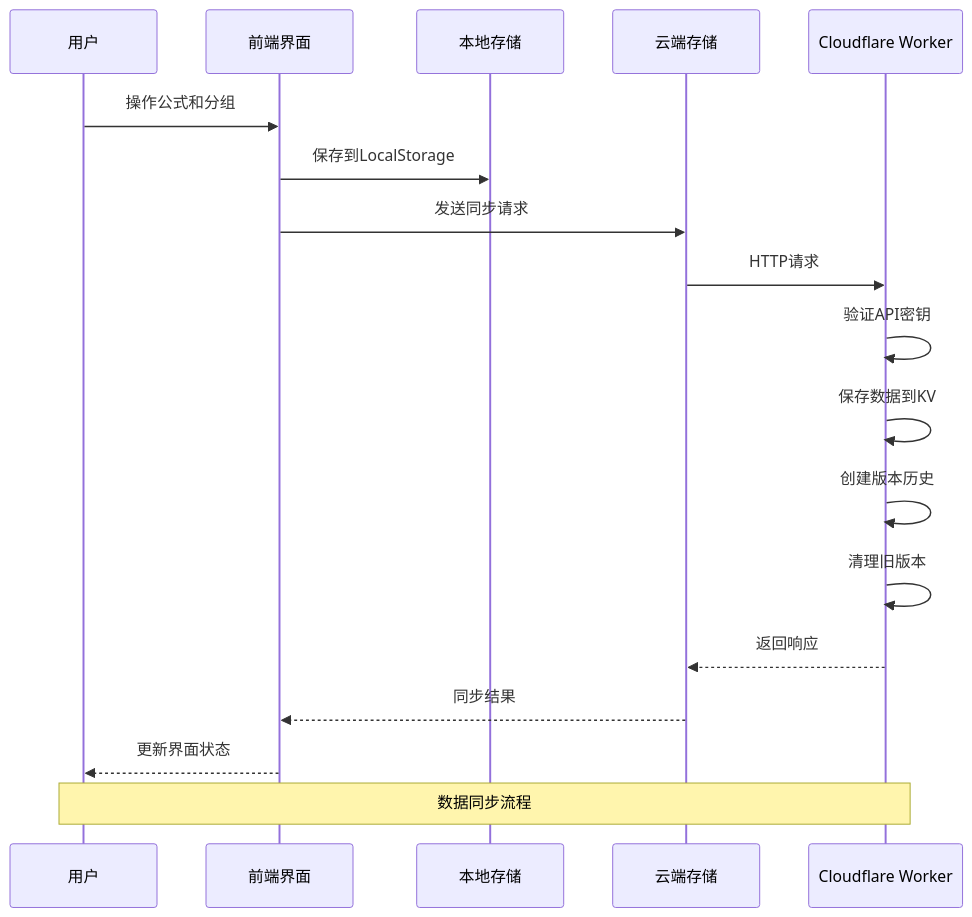
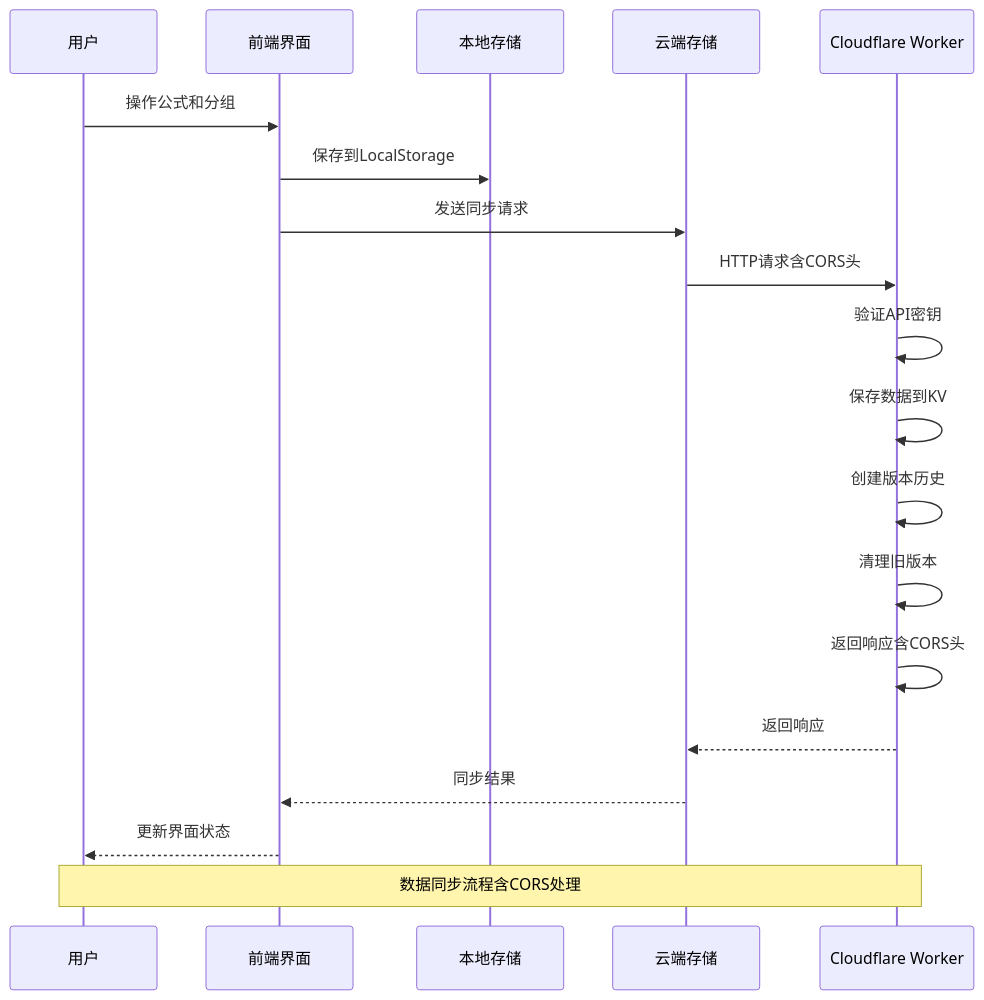
The fourth of 13 diagrams in .qoder/repowiki/zh/content/用户指南/数据管理/云存储系统.md (steveyu2/formula-mapper), drawn with Mermaid before and after one commit. The commit also changed other lines of this file and 7 other files, not shown here.

````diff
--- a/.qoder/repowiki/zh/content/用户指南/数据管理/云存储系统.md
+++ b/.qoder/repowiki/zh/content/用户指南/数据管理/云存储系统.md
@@ -253,20 +279,21 @@
 ```mermaid
 sequenceDiagram
 participant User as 用户
 participant UI as 前端界面
 participant Local as 本地存储
 participant Cloud as 云端存储
 participant Worker as Cloudflare Worker
 User->>UI : 操作公式和分组
 UI->>Local : 保存到LocalStorage
 UI->>Cloud : 发送同步请求
-Cloud->>Worker : HTTP请求
+Cloud->>Worker : HTTP请求含CORS头
 Worker->>Worker : 验证API密钥
 Worker->>Worker : 保存数据到KV
 Worker->>Worker : 创建版本历史
 Worker->>Worker : 清理旧版本
+Worker->>Worker : 返回响应含CORS头
 Worker-->>Cloud : 返回响应
 Cloud-->>UI : 同步结果
 UI-->>User : 更新界面状态
-Note over User,Worker : 数据同步流程
+Note over User,Worker : 数据同步流程含CORS处理
 ```
````
